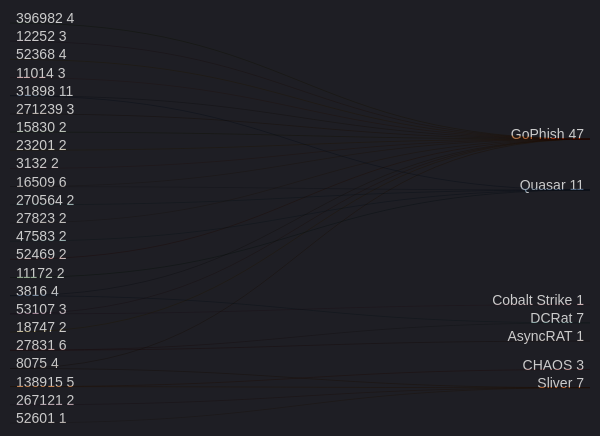
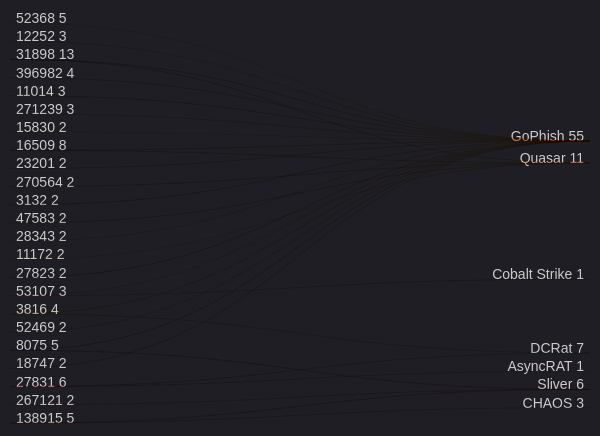
Before and after one commit to ZoqueLabs/website: the sixth of 8 diagrams in zolim.md, drawn with Mermaid. The commit also changed other lines of this file, not shown here.

````diff
--- a/zolim.md
+++ b/zolim.md
@@ -154,38 +154,38 @@
 ```mermaid
 ---
 config:
   theme: dark
 ---
 %% ASN → Threat (top)
 sankey-beta
-  31898,GoPhish,9
+  31898,GoPhish,11
   27831,DCRat,5
+  16509,GoPhish,5
+  52368,GoPhish,5
   396982,GoPhish,4
-  52368,GoPhish,4
   12252,GoPhish,3
   11014,GoPhish,3
   271239,GoPhish,3
-  16509,GoPhish,3
+  8075,GoPhish,3
   16509,Quasar,3
   138915,CHAOS,3
   270564,Quasar,2
   15830,GoPhish,2
   23201,GoPhish,2
   53107,GoPhish,2
   3132,GoPhish,2
-  8075,GoPhish,2
+  28343,GoPhish,2
   27823,GoPhish,2
   3816,GoPhish,2
   138915,Sliver,2
   52469,GoPhish,2
   47583,Quasar,2
   11172,Quasar,2
   31898,Quasar,2
   3816,DCRat,2
   18747,GoPhish,2
   267121,Sliver,2
   8075,Sliver,2
   53107,Cobalt Strike,1
   27831,AsyncRAT,1
-  52601,Sliver,1
 ```
````
